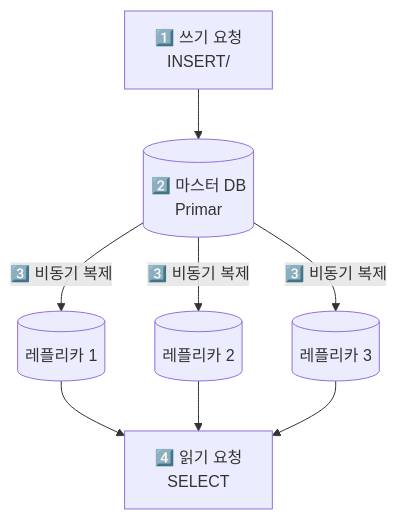
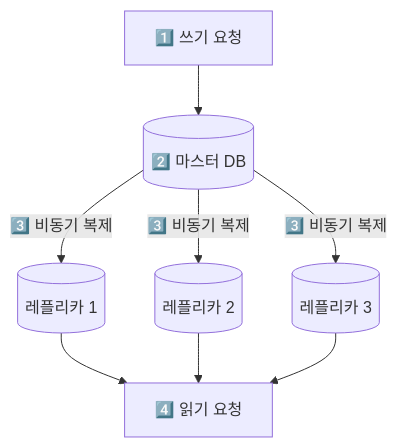
One commit to yjkim2015/yjkim2015.github.io changed the eighth of 17 diagrams in _posts/systemdesign/2026-05-02-system-design-fundamentals.md. Above: the diagram before and after it, drawn with Mermaid. The commit also changed other lines of this file and 217 other files, not shown here.

First line of the commit message:
Mermaid 크기 수정: useMaxWidth:true + SVG max-width:100% + 라벨 축소

````diff
--- a/_posts/systemdesign/2026-05-02-system-design-fundamentals.md
+++ b/_posts/systemdesign/2026-05-02-system-design-fundamentals.md
@@ -336,10 +336,10 @@
 ```mermaid
 graph TD
-    W["1️⃣ 쓰기 요청\nINSERT/"] --> M[("2️⃣ 마스터 DB\nPrimar")]
+    W["1️⃣ 쓰기 요청"] --> M[("2️⃣ 마스터 DB")]
     M -->|"3️⃣ 비동기 복제"| R1[("레플리카 1")]
     M -->|"3️⃣ 비동기 복제"| R2[("레플리카 2")]
     M -->|"3️⃣ 비동기 복제"| R3[("레플리카 3")]
-    R1 --> Q["4️⃣ 읽기 요청\nSELECT"]
+    R1 --> Q["4️⃣ 읽기 요청"]
     R2 --> Q
     R3 --> Q
 ```
````
